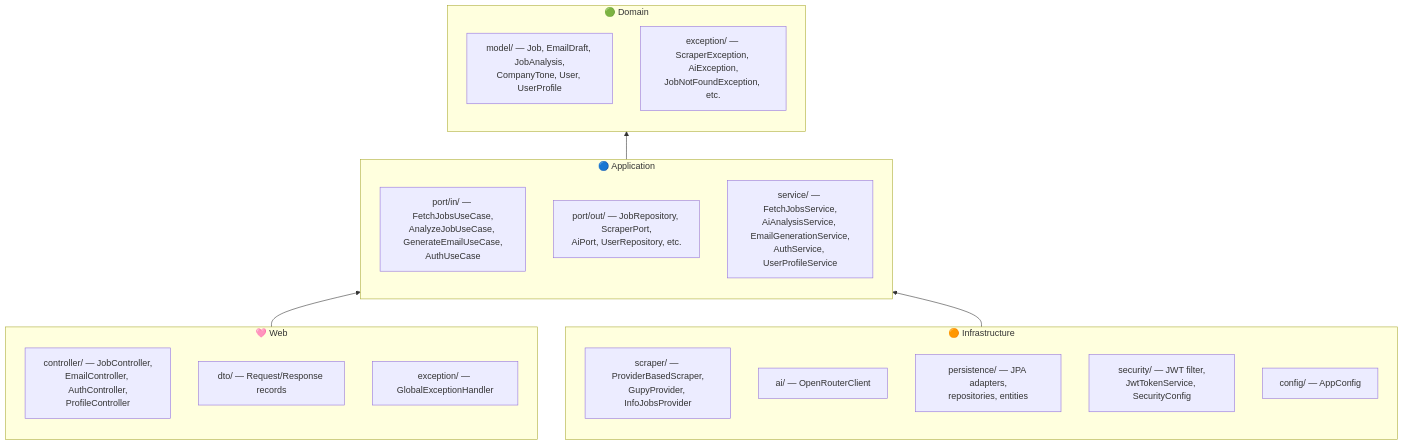
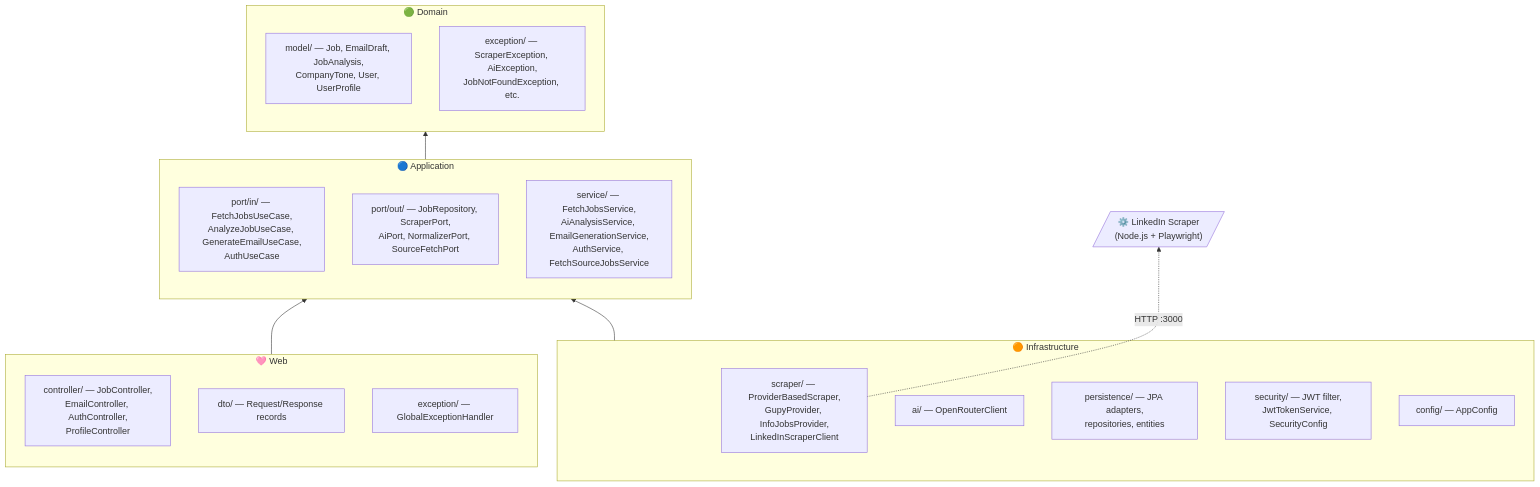
Before and after one commit to Uzzoper/job-hunter: the third of 5 diagrams in README.md, drawn with Mermaid.

Commit message:
docs(README): update architecture diagram with microservice and new ports

````diff
--- a/README.md
+++ b/README.md
@@ -136,31 +136,34 @@
 ```mermaid
 flowchart BT
     subgraph Domain["🟢 Domain"]
         D1["model/ — Job, EmailDraft, JobAnalysis,<br/>CompanyTone, User, UserProfile"]
         D2["exception/ — ScraperException, AiException,<br/>JobNotFoundException, etc."]
     end
 
     subgraph Application["🔵 Application"]
         A1["port/in/ — FetchJobsUseCase,<br/>AnalyzeJobUseCase, GenerateEmailUseCase,<br/>AuthUseCase"]
-        A2["port/out/ — JobRepository, ScraperPort,<br/>AiPort, UserRepository, etc."]
-        A3["service/ — FetchJobsService,<br/>AiAnalysisService, EmailGenerationService,<br/>AuthService, UserProfileService"]
+        A2["port/out/ — JobRepository, ScraperPort,<br/>AiPort, NormalizerPort, SourceFetchPort"]
+        A3["service/ — FetchJobsService,<br/>AiAnalysisService, EmailGenerationService,<br/>AuthService, FetchSourceJobsService"]
     end
 
     subgraph Infrastructure["🟠 Infrastructure"]
-        I1["scraper/ — ProviderBasedScraper,<br/>GupyProvider, InfoJobsProvider"]
+        I1["scraper/ — ProviderBasedScraper,<br/>GupyProvider, InfoJobsProvider,<br/>LinkedInScraperClient"]
         I2["ai/ — OpenRouterClient"]
         I3["persistence/ — JPA adapters,<br/>repositories, entities"]
         I4["security/ — JWT filter,<br/>JwtTokenService, SecurityConfig"]
         I5["config/ — AppConfig"]
     end
 
     subgraph Web["🩷 Web"]
         W1["controller/ — JobController,<br/>EmailController, AuthController,<br/>ProfileController"]
         W2["dto/ — Request/Response records"]
         W3["exception/ — GlobalExceptionHandler"]
     end
 
+    LS[/"⚙️ LinkedIn Scraper<br/>(Node.js + Playwright)"/]
+
     Web --> Application
     Infrastructure --> Application
     Application --> Domain
+    I1 -.->|"HTTP :3000"| LS
 ```
````
